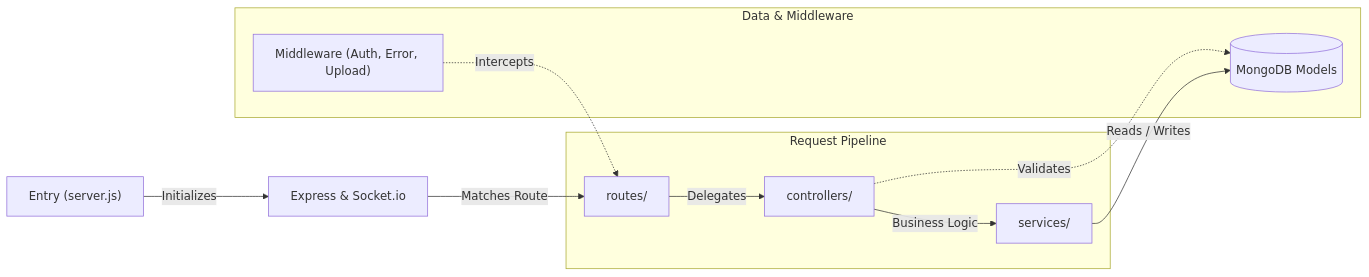
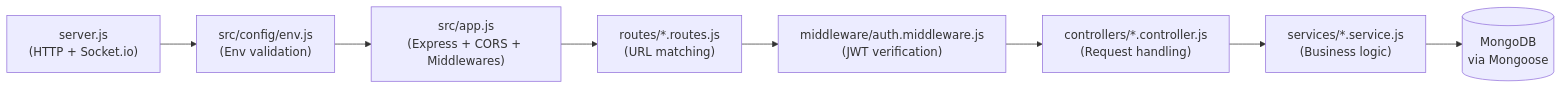
Before and after one commit to priyabratasahoo780/EventFlow: the third of 3 diagrams in README.md, drawn with Mermaid. The commit also changed other lines of this file, not shown here.

Commit message:
docs: production-ready README with architecture diagrams, API reference, env vars, and contributing guide

````diff
--- a/README.md
+++ b/README.md
@@ -135,22 +216,10 @@
 ```mermaid
 flowchart LR
-    A["Entry (server.js)"] -->|"Initializes"| B["Express & Socket.io"]
-    
-    subgraph Pipeline["Request Pipeline"]
-        C["routes/"]
-        D["controllers/"]
-        E["services/"]
-        C -->|"Delegates"| D
-        D -->|"Business Logic"| E
-    end
-    
-    subgraph Storage["Data & Middleware"]
-        F[("MongoDB Models")]
-        G["Middleware (Auth, Error, Upload)"]
-    end
-
-    B -->|"Matches Route"| C
-    G -.->|"Intercepts"| C
-    D -.->|"Validates"| F
-    E -->|"Reads / Writes"| F
+    A["server.js\n(HTTP + Socket.io)"] --> B["src/config/env.js\n(Env validation)"]
+    B --> C["src/app.js\n(Express + CORS + Middlewares)"]
+    C --> D["routes/*.routes.js\n(URL matching)"]
+    D --> E["middleware/auth.middleware.js\n(JWT verification)"]
+    E --> F["controllers/*.controller.js\n(Request handling)"]
+    F --> G["services/*.service.js\n(Business logic)"]
+    G --> H[("MongoDB\nvia Mongoose")]
 ```
````
